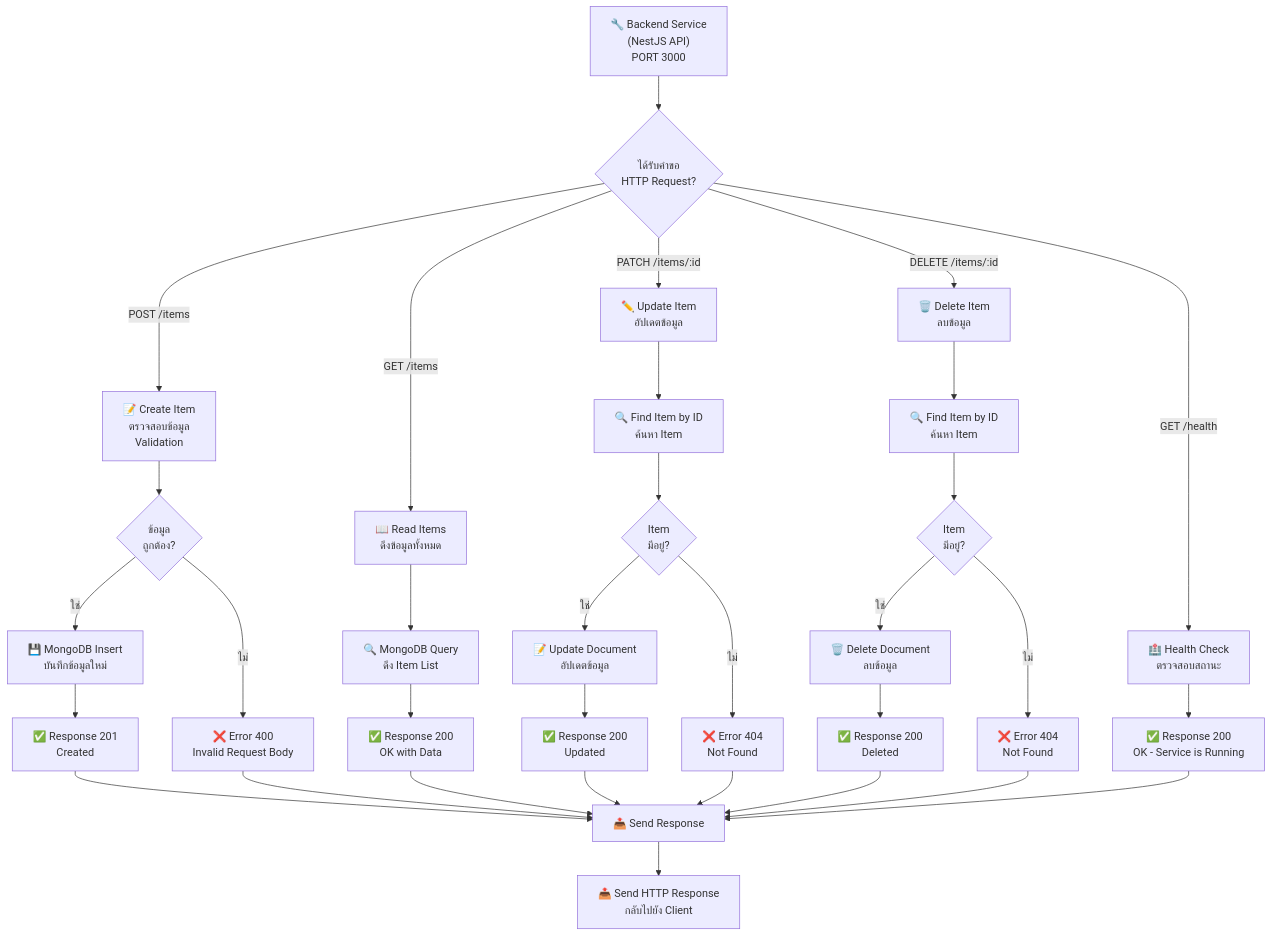
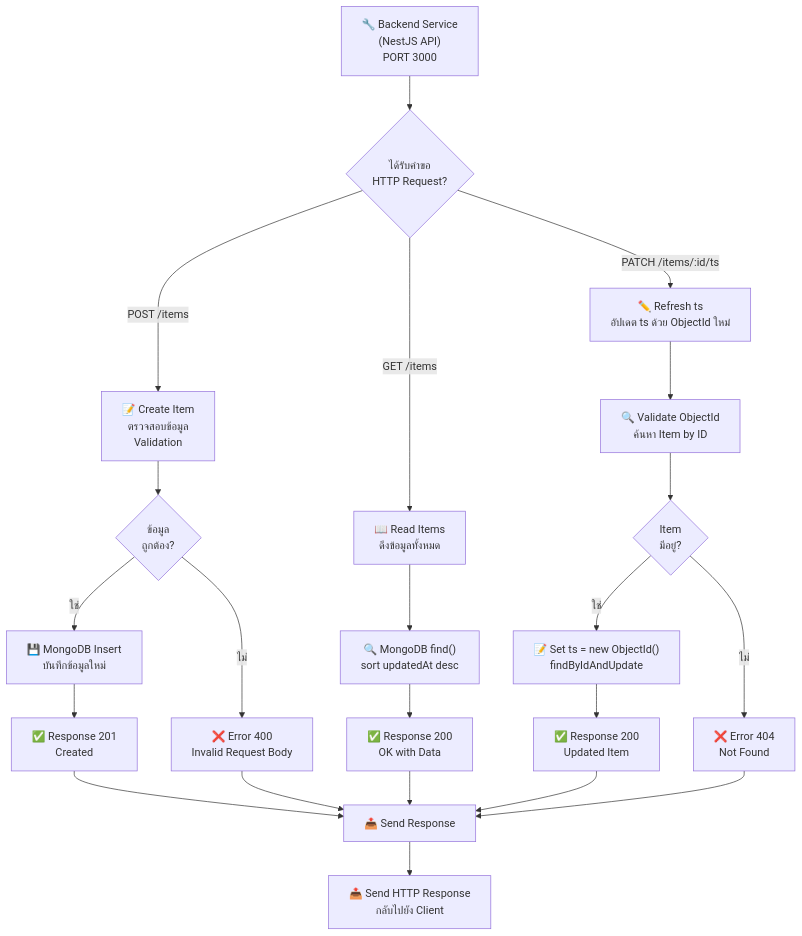
One commit to kanha-p-dev/realtime-event-system changed the second of 2 diagrams in backend-service/ARCHITECTURE_DIAGRAMS.md. Above: the diagram before and after it, drawn with Mermaid. The commit also changed other lines of this file and 6 other files, not shown here.

````diff
--- a/backend-service/ARCHITECTURE_DIAGRAMS.md
+++ b/backend-service/ARCHITECTURE_DIAGRAMS.md
@@ -54,42 +49,29 @@
 ```mermaid
 flowchart TD
     A["🔧 Backend Service<br/>(NestJS API)<br/>PORT 3000"] --> B{"ได้รับคำขอ<br/>HTTP Request?"}
     
     B -->|POST /items| C["📝 Create Item<br/>ตรวจสอบข้อมูล<br/>Validation"]
     B -->|GET /items| D["📖 Read Items<br/>ดึงข้อมูลทั้งหมด"]
-    B -->|PATCH /items/:id| E["✏️ Update Item<br/>อัปเดตข้อมูล"]
-    B -->|DELETE /items/:id| F["🗑️ Delete Item<br/>ลบข้อมูล"]
-    B -->|GET /health| G["🏥 Health Check<br/>ตรวจสอบสถานะ"]
+    B -->|PATCH /items/:id/ts| E["✏️ Refresh ts<br/>อัปเดต ts ด้วย ObjectId ใหม่"]
     
     C --> H{"ข้อมูล<br/>ถูกต้อง?"}
     H -->|ใช่| I["💾 MongoDB Insert<br/>บันทึกข้อมูลใหม่"]
     H -->|ไม่| J["❌ Error 400<br/>Invalid Request Body"]
     I --> K["✅ Response 201<br/>Created"]
     J --> L["📤 Send Response"]
     
-    D --> M["🔍 MongoDB Query<br/>ดึง Item List"]
+    D --> M["🔍 MongoDB find()<br/>sort updatedAt desc"]
     M --> N["✅ Response 200<br/>OK with Data"]
     
-    E --> O["🔍 Find Item by ID<br/>ค้นหา Item"]
+    E --> O["🔍 Validate ObjectId<br/>ค้นหา Item by ID"]
     O --> P{"Item<br/>มีอยู่?"}
-    P -->|ใช่| Q["📝 Update Document<br/>อัปเดตข้อมูล"]
+    P -->|ใช่| Q["📝 Set ts = new ObjectId()<br/>findByIdAndUpdate"]
     P -->|ไม่| R["❌ Error 404<br/>Not Found"]
-    Q --> S["✅ Response 200<br/>Updated"]
+    Q --> S["✅ Response 200<br/>Updated Item"]
     R --> L
-    
-    F --> T["🔍 Find Item by ID<br/>ค้นหา Item"]
-    T --> U{"Item<br/>มีอยู่?"}
-    U -->|ใช่| V["🗑️ Delete Document<br/>ลบข้อมูล"]
-    U -->|ไม่| W["❌ Error 404<br/>Not Found"]
-    V --> X["✅ Response 200<br/>Deleted"]
-    W --> L
-    
-    G --> Y["✅ Response 200<br/>OK - Service is Running"]
     
     K --> L
     N --> L
     S --> L
-    X --> L
-    Y --> L
     L --> Z["📤 Send HTTP Response<br/>กลับไปยัง Client"]
 ```
````
